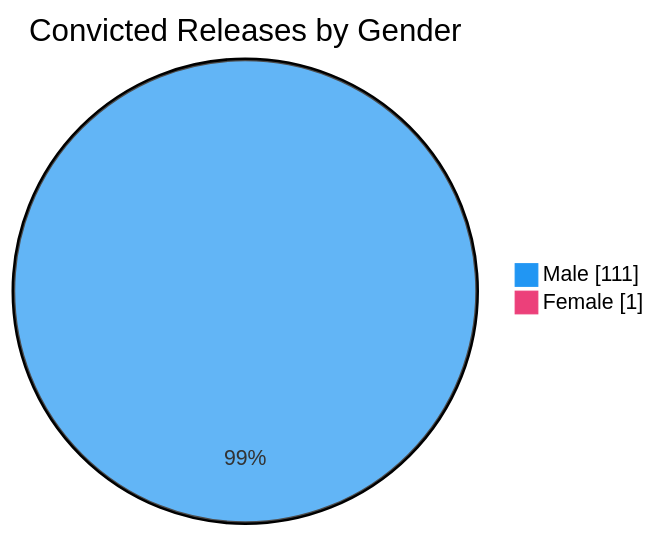
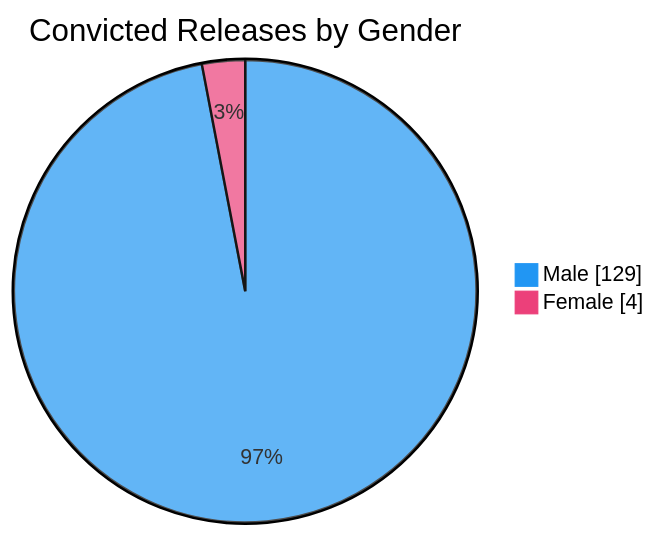
One commit to nuuuwan/lk_prisons changed the sixth of 7 diagrams in README.md. Above: the diagram before and after it, drawn with Mermaid. The commit also changed other lines of this file and 1 other file, not shown here.

````diff
--- a/README.md
+++ b/README.md
@@ -98,6 +98,6 @@
 ```mermaid
 %%{init: {'themeVariables': {'pie1': '#2196F3', 'pie2': '#EC407A'}}}%%
 pie showData title Convicted Releases by Gender
-    "Male" : 111
-    "Female" : 1
+    "Male" : 129
+    "Female" : 4
 ```
````
